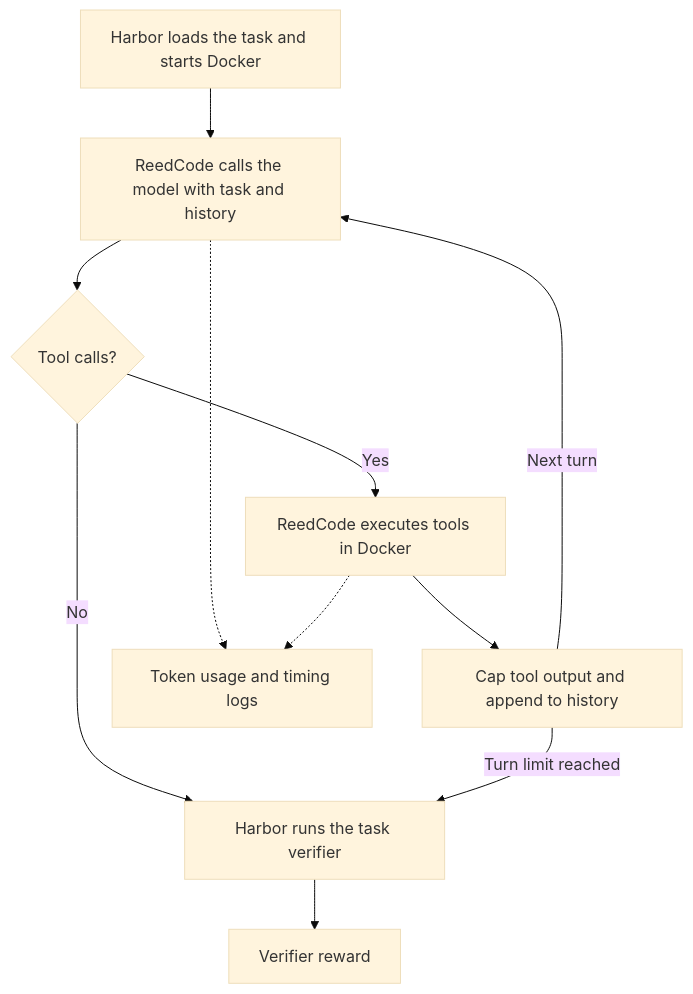
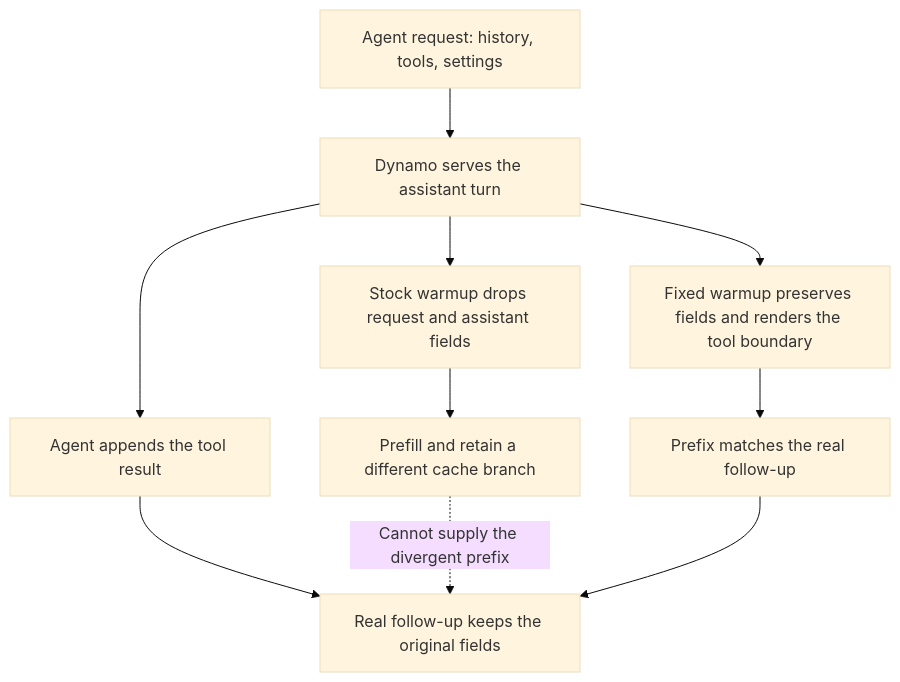
One commit to reedyalouh2/ReedCode changed the diagram in README.md. Above: the diagram before and after it, drawn with Mermaid (base theme). The commit also changed other lines of this file and 48 other files, not shown here.

````diff
--- a/README.md
+++ b/README.md
@@ -26,13 +26,12 @@
 ```mermaid
 flowchart TD
-    H[Harbor loads the task and starts Docker] --> A[ReedCode calls the model with task and history]
-    A --> D{Tool calls?}
-    D -->|Yes| T[ReedCode executes tools in Docker]
-    T --> O[Cap tool output and append to history]
-    O -->|Next turn| A
-    D -->|No| V[Harbor runs the task verifier]
-    O -->|Turn limit reached| V
-    V --> R[Verifier reward]
-    A -.-> L[Token usage and timing logs]
-    T -.-> L
+    A[Agent request: history, tools, settings] --> B[Dynamo serves the assistant turn]
+    B --> C[Stock warmup drops request and assistant fields]
+    B --> D[Agent appends the tool result]
+    C --> E[Prefill and retain a different cache branch]
+    D --> F[Real follow-up keeps the original fields]
+    E -. Cannot supply the divergent prefix .-> F
+    B --> G[Fixed warmup preserves fields and renders the tool boundary]
+    G --> H[Prefix matches the real follow-up]
+    H --> F
 ```
````
